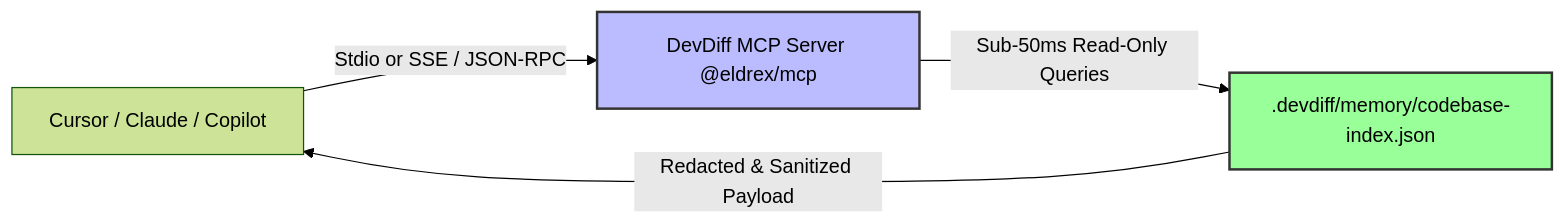
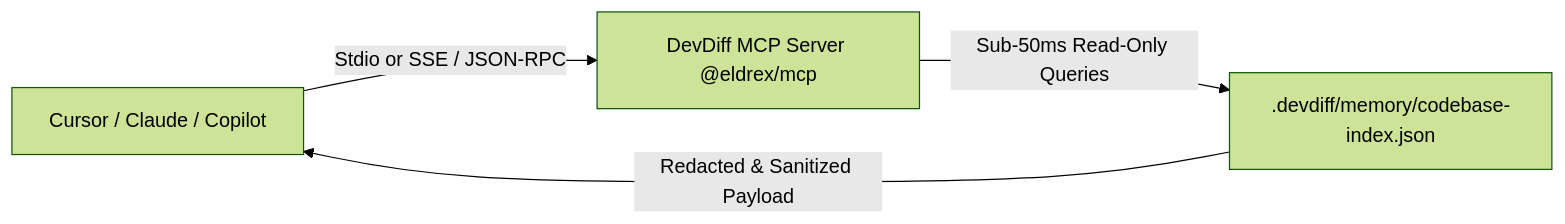
One commit to EldrexDelosReyesBula/DevDiff changed the diagram in docs/integrations/mcp-server.md. Above: the diagram before and after it, drawn with Mermaid (forest theme). The commit also changed other lines of this file and 187 other files, not shown here.

First line of the commit message:
release: v1.8.0 — multi-registry distribution, plugin architecture & documentation overhaul

````diff
--- a/docs/integrations/mcp-server.md
+++ b/docs/integrations/mcp-server.md
@@ -9,9 +9,6 @@
 ```mermaid
 flowchart LR
     IDEAgent[Cursor / Claude / Copilot] -->|Stdio or SSE / JSON-RPC| MCPServer[DevDiff MCP Server @eldrex/mcp]
     MCPServer -->|Sub-50ms Read-Only Queries| MemoryIndex[.devdiff/memory/codebase-index.json]
     MemoryIndex -->|Redacted & Sanitized Payload| IDEAgent
-
-    style MCPServer fill:#bbf,stroke:#333,stroke-width:2px
-    style MemoryIndex fill:#9f9,stroke:#333,stroke-width:2px
 ```
````
